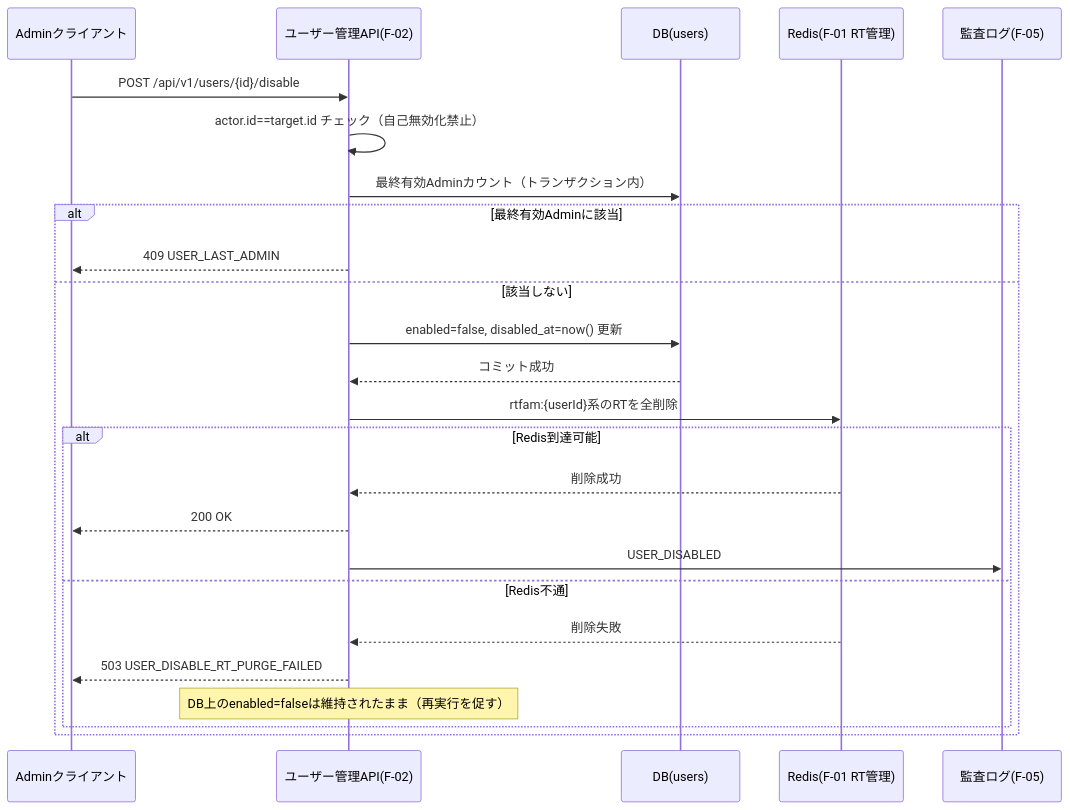
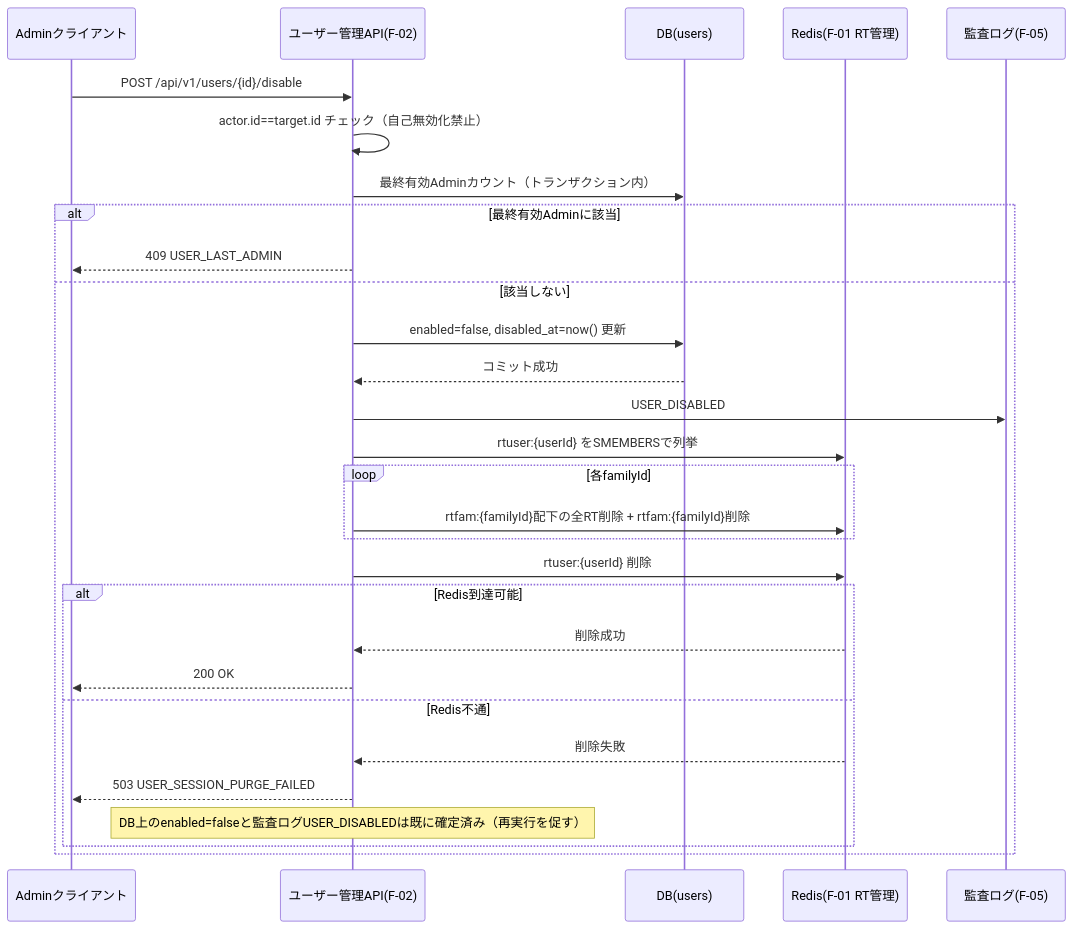
Before and after one commit to ryohei-sumii/ForgeHub: the diagram in docs/design/f-02-user-role-management.md, drawn with Mermaid. The commit also changed other lines of this file and 1 other file, not shown here.

First line of the commit message:
Fix F-02 review findings: user-level session invalidation, audit ordering, error code

````diff
--- a/docs/design/f-02-user-role-management.md
+++ b/docs/design/f-02-user-role-management.md
@@ -219,28 +220,32 @@
 ```mermaid
 sequenceDiagram
     participant C as Adminクライアント
     participant U as ユーザー管理API(F-02)
     participant D as DB(users)
     participant R as Redis(F-01 RT管理)
     participant L as 監査ログ(F-05)
 
     C->>U: POST /api/v1/users/{id}/disable
     U->>U: actor.id==target.id チェック（自己無効化禁止）
     U->>D: 最終有効Adminカウント（トランザクション内）
     alt 最終有効Adminに該当
         U-->>C: 409 USER_LAST_ADMIN
     else 該当しない
         U->>D: enabled=false, disabled_at=now() 更新
         D-->>U: コミット成功
-        U->>R: rtfam:{userId}系のRTを全削除
+        U->>L: USER_DISABLED
+        U->>R: rtuser:{userId} をSMEMBERSで列挙
+        loop 各familyId
+            U->>R: rtfam:{familyId}配下の全RT削除 + rtfam:{familyId}削除
+        end
+        U->>R: rtuser:{userId} 削除
         alt Redis到達可能
             R-->>U: 削除成功
             U-->>C: 200 OK
-            U->>L: USER_DISABLED
         else Redis不通
             R-->>U: 削除失敗
-            U-->>C: 503 USER_DISABLE_RT_PURGE_FAILED
-            Note over U: DB上のenabled=falseは維持されたまま（再実行を促す）
+            U-->>C: 503 USER_SESSION_PURGE_FAILED
+            Note over U: DB上のenabled=falseと監査ログUSER_DISABLEDは既に確定済み（再実行を促す）
         end
     end
 ```
````
